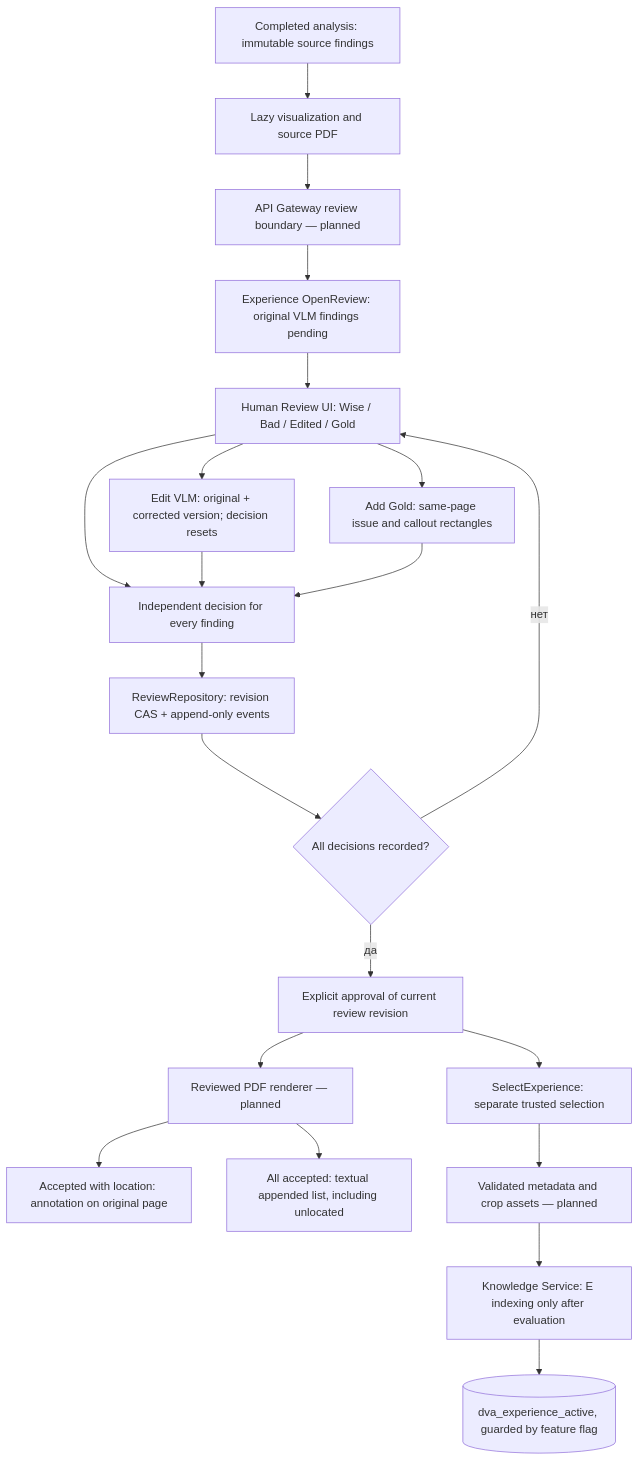
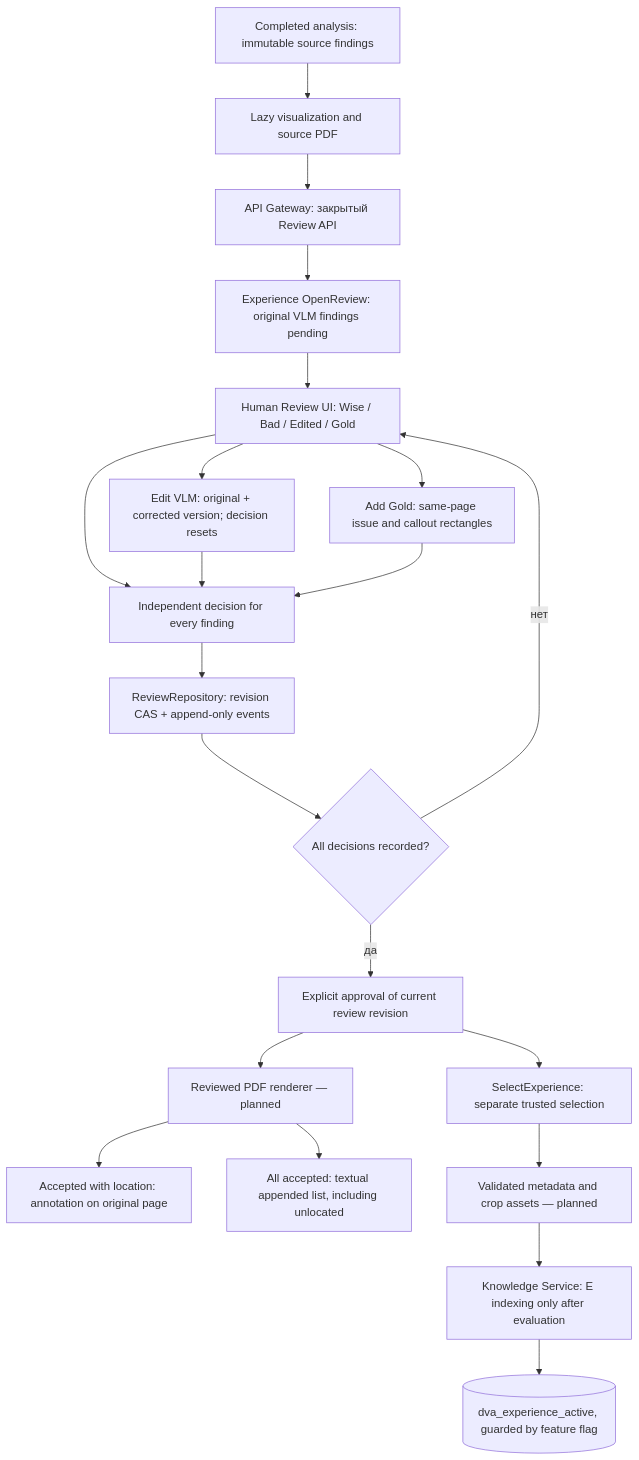
Before and after one commit to Amadu-A/PDRD-validation: diagram 11 of 15 in README.md, drawn with Mermaid. The commit also changed other lines of this file and 70 other files, not shown here.

Commit message:
feat: persist human review through Experience API

````diff
--- a/README.md
+++ b/README.md
@@ -576,23 +581,23 @@
 ```mermaid
 flowchart TD
     A["Completed analysis: immutable source findings"] --> V["Lazy visualization and source PDF"]
-    V --> GW["API Gateway review boundary — planned"]
+    V --> GW["API Gateway: закрытый Review API"]
     GW --> OPEN["Experience OpenReview: original VLM findings pending"]
     OPEN --> UI["Human Review UI: Wise / Bad / Edited / Gold"]
     UI --> EDIT["Edit VLM: original + corrected version; decision resets"]
     UI --> MANUAL["Add Gold: same-page issue and callout rectangles"]
     UI --> DECIDE["Independent decision for every finding"]
     EDIT --> DECIDE
     MANUAL --> DECIDE
     DECIDE --> CAS["ReviewRepository: revision CAS + append-only events"]
     CAS --> ALL{"All decisions recorded?"}
     ALL -->|нет| UI
     ALL -->|да| APPROVE["Explicit approval of current review revision"]
     APPROVE --> PDF["Reviewed PDF renderer — planned"]
     PDF --> PAGE["Accepted with location: annotation on original page"]
     PDF --> TEXT["All accepted: textual appended list, including unlocated"]
     APPROVE --> PICK["SelectExperience: separate trusted selection"]
     PICK --> STORE["Validated metadata and crop assets — planned"]
     STORE --> INDEX["Knowledge Service: E indexing only after evaluation"]
     INDEX --> QD[("dva_experience_active, guarded by feature flag")]
 ```
````
